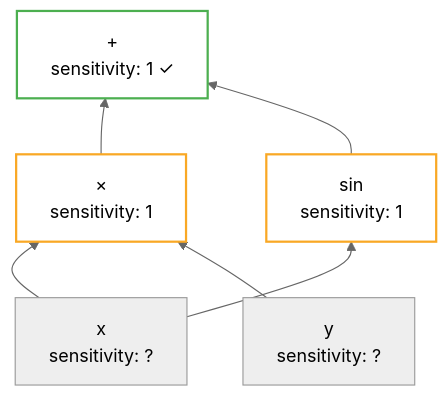
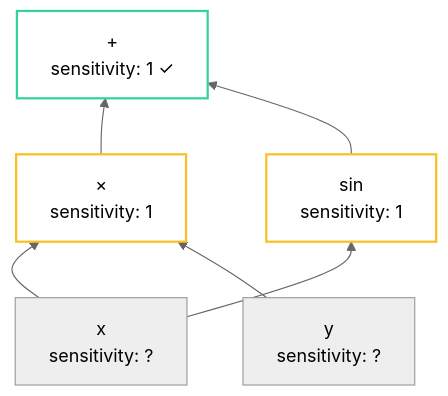
Before and after one commit to bolu-atx/bolu-atx.github.io: the sixth of 9 diagrams in _posts/2025-06-15-autodiff-rust-part1-graphs.md, drawn with Mermaid (neutral theme). The commit also changed other lines of this file and 5 other files, not shown here.

First line of the commit message:
Add dark mode support for Mermaid diagrams

````diff
--- a/_posts/2025-06-15-autodiff-rust-part1-graphs.md
+++ b/_posts/2025-06-15-autodiff-rust-part1-graphs.md
@@ -231,18 +236,19 @@
 ```mermaid
 graph BT
     x["x<br/>sensitivity: ?"]
     y["y<br/>sensitivity: ?"]
     mul["×<br/>sensitivity: 1"]
     sin["sin<br/>sensitivity: 1"]
     add["+<br/>sensitivity: 1 ✓"]
 
     x --> mul
     y --> mul
     x --> sin
     mul --> add
     sin --> add
 
-    style add fill:none,stroke:#4CAF50,stroke-width:2px
-    style mul fill:none,stroke:#f9a825,stroke-width:2px
-    style sin fill:none,stroke:#f9a825,stroke-width:2px
+    classDef done fill:none,stroke:#34d399,stroke-width:2px
+    classDef progress fill:none,stroke:#fbbf24,stroke-width:2px
+    class add done
+    class mul,sin progress
 ```
````
